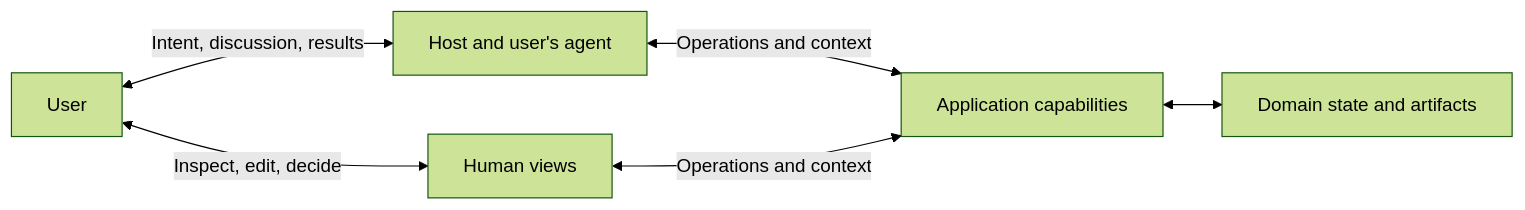
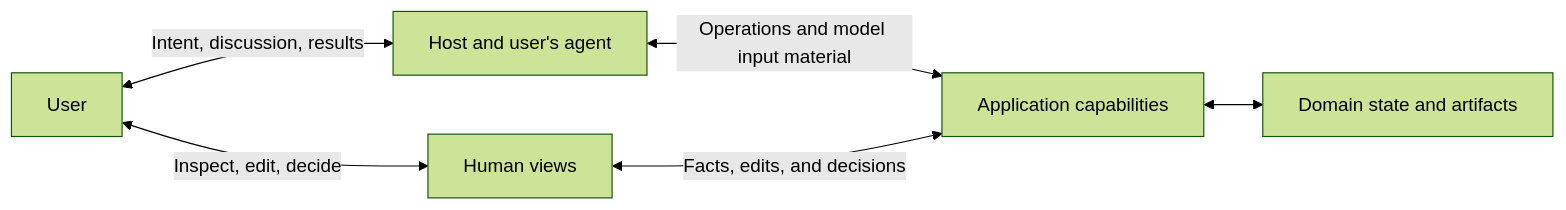
Before and after one commit to suraciii/agent-native-manifesto: the diagram in docs/foundations.md, drawn with Mermaid (forest theme). The commit also changed other lines of this file and 21 other files, not shown here.

````diff
--- a/docs/foundations.md
+++ b/docs/foundations.md
@@ -69,8 +51,8 @@
 ```mermaid
 flowchart LR
     P[User] <-->|Intent, discussion, results| H[Host and user's agent]
     P <-->|Inspect, edit, decide| V[Human views]
-    H <-->|Operations and context| A[Application capabilities]
-    V <-->|Operations and context| A
+    H <-->|Operations and model input material| A[Application capabilities]
+    V <-->|Facts, edits, and decisions| A
     A <--> S[Domain state and artifacts]
 ```
````
